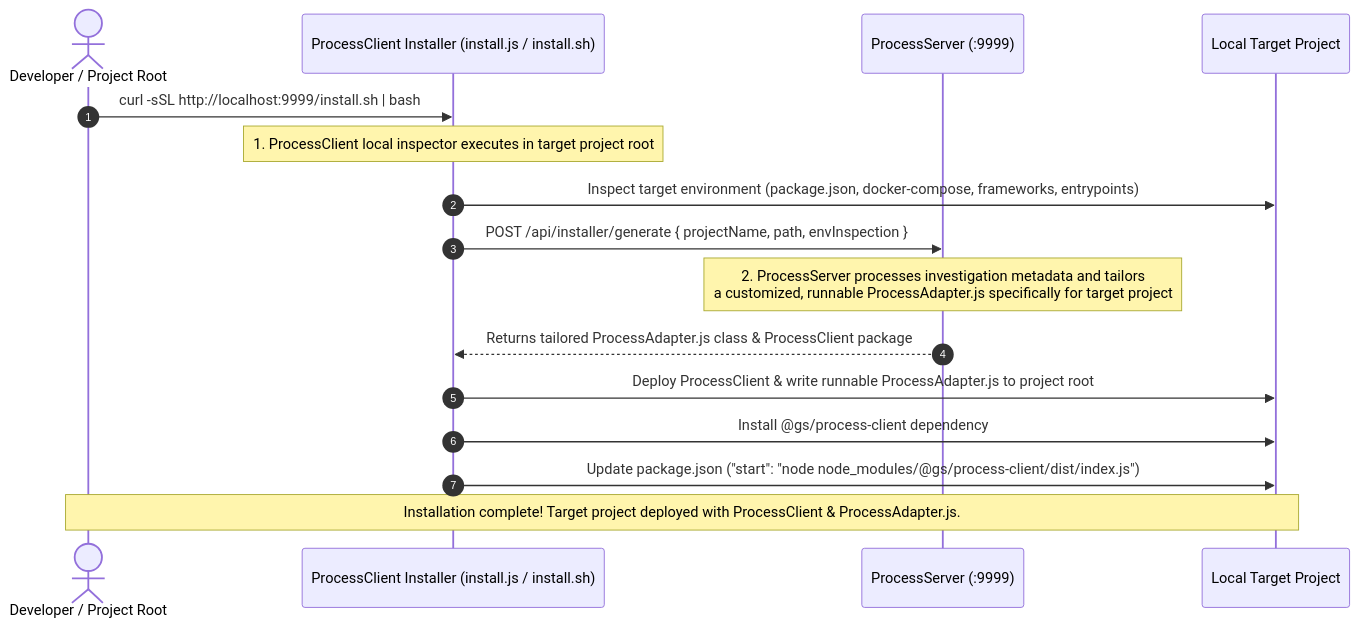
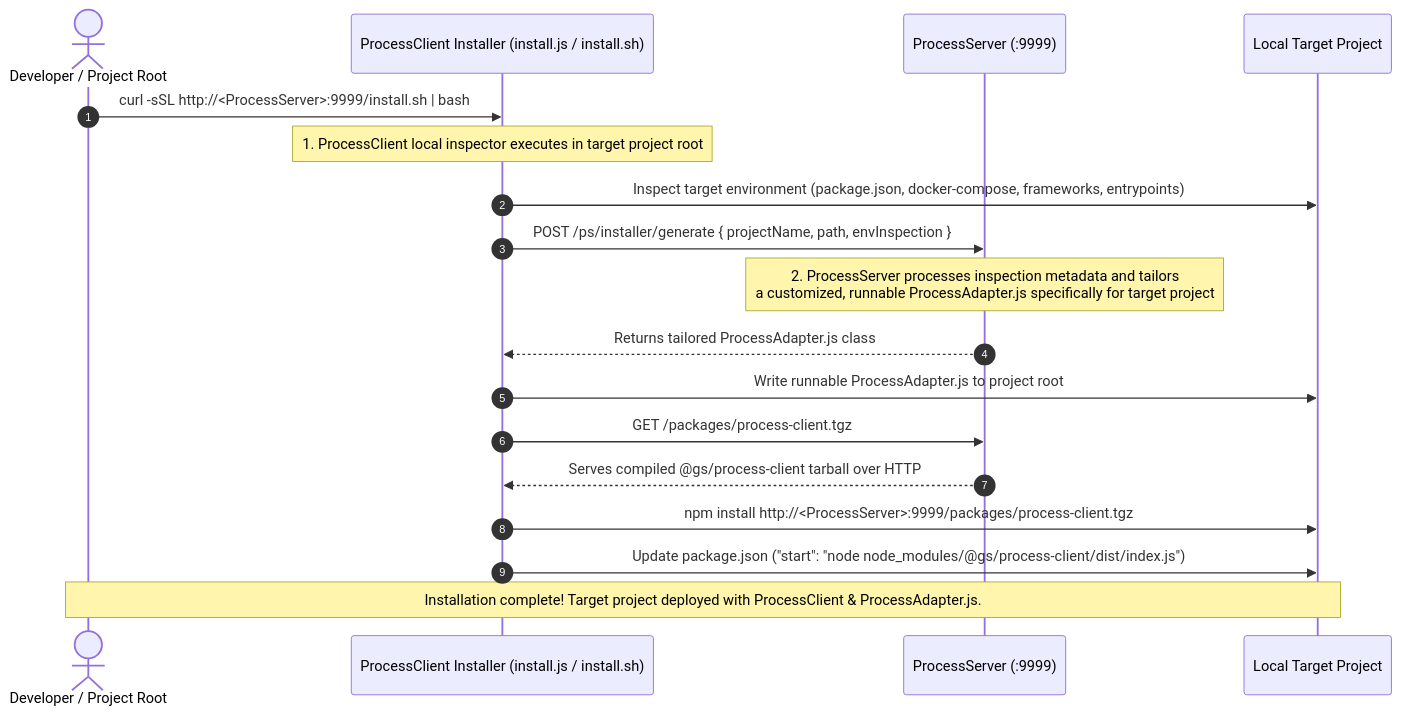
The first of 3 diagrams in architecture/PROCESS_HANDLING_ARCHITECTURE.md (carltham/GS-Orchestrator), drawn with Mermaid before and after one commit. The commit also changed other lines of this file and 32 other files, not shown here.

````diff
--- a/architecture/PROCESS_HANDLING_ARCHITECTURE.md
+++ b/architecture/PROCESS_HANDLING_ARCHITECTURE.md
@@ -53,22 +53,24 @@
 ```mermaid
 sequenceDiagram
     autonumber
     actor Dev as Developer / Project Root
     participant ClientInstaller as ProcessClient Installer (install.js / install.sh)
     participant Server as ProcessServer (:9999)
     participant Proj as Local Target Project
 
-    Dev->>ClientInstaller: curl -sSL http://localhost:9999/install.sh | bash
+    Dev->>ClientInstaller: curl -sSL http://<ProcessServer>:9999/install.sh | bash
     note over ClientInstaller: 1. ProcessClient local inspector executes in target project root
     ClientInstaller->>Proj: Inspect target environment (package.json, docker-compose, frameworks, entrypoints)
     
-    ClientInstaller->>Server: POST /api/installer/generate { projectName, path, envInspection }
-    note over Server: 2. ProcessServer processes investigation metadata and tailors<br/>a customized, runnable ProcessAdapter.js specifically for target project
+    ClientInstaller->>Server: POST /ps/installer/generate { projectName, path, envInspection }
+    note over Server: 2. ProcessServer processes inspection metadata and tailors<br/>a customized, runnable ProcessAdapter.js specifically for target project
     
-    Server-->>ClientInstaller: Returns tailored ProcessAdapter.js class & ProcessClient package
-    ClientInstaller->>Proj: Deploy ProcessClient & write runnable ProcessAdapter.js to project root
-    ClientInstaller->>Proj: Install @gs/process-client dependency
+    Server-->>ClientInstaller: Returns tailored ProcessAdapter.js class
+    ClientInstaller->>Proj: Write runnable ProcessAdapter.js to project root
+    ClientInstaller->>Server: GET /packages/process-client.tgz
+    Server-->>ClientInstaller: Serves compiled @gs/process-client tarball over HTTP
+    ClientInstaller->>Proj: npm install http://<ProcessServer>:9999/packages/process-client.tgz
     ClientInstaller->>Proj: Update package.json ("start": "node node_modules/@gs/process-client/dist/index.js")
     
     note over Dev, Proj: Installation complete! Target project deployed with ProcessClient & ProcessAdapter.js.
 ```
````
